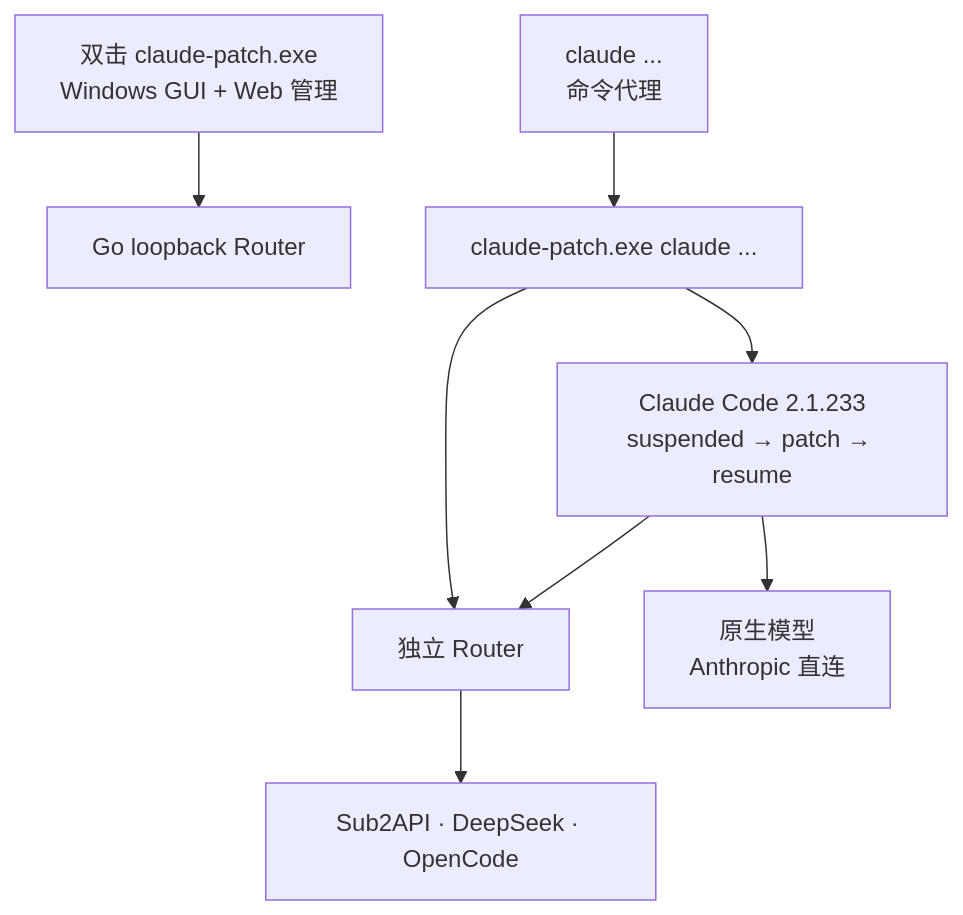
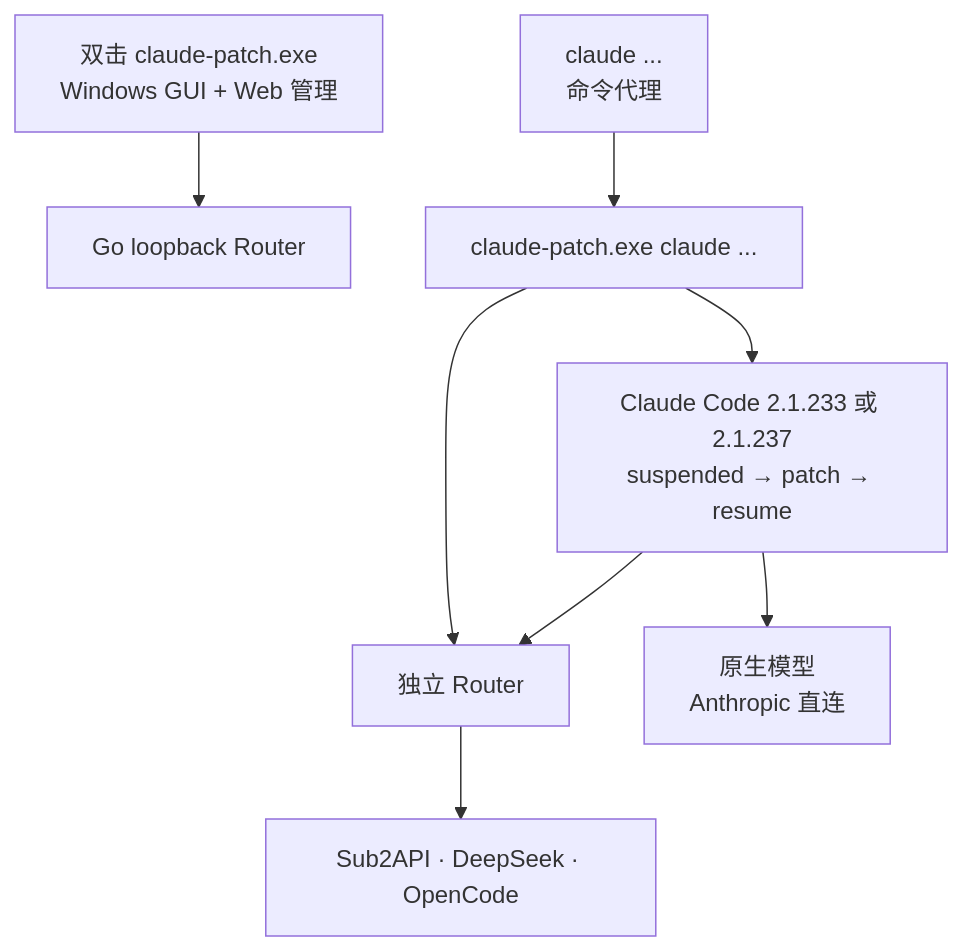
The diagram in README.md (cnlanlansky/claude-patch), drawn with Mermaid before and after one commit. The commit also changed other lines of this file and 40 other files, not shown here.

Commit message:
支持 Claude Code 2.1.237

````diff
--- a/README.md
+++ b/README.md
@@ -33,10 +33,10 @@
 ```mermaid
 flowchart TB
     GUI["双击 claude-patch.exe<br/>Windows GUI + Web 管理"] --> R["Go loopback Router"]
     CMD["claude ...<br/>命令代理"] --> P["claude-patch.exe claude ..."]
     P --> S["独立 Router"]
-    P --> C["Claude Code 2.1.233<br/>suspended → patch → resume"]
+    P --> C["Claude Code 2.1.233 或 2.1.237<br/>suspended → patch → resume"]
     C --> A["原生模型<br/>Anthropic 直连"]
     C --> S
     S --> U["Sub2API · DeepSeek · OpenCode"]
 ```
````
